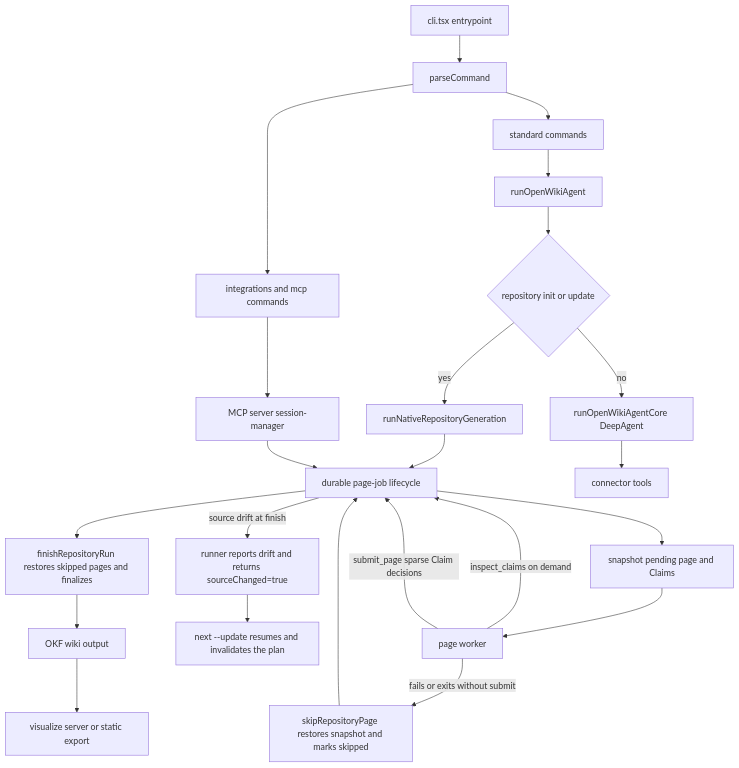
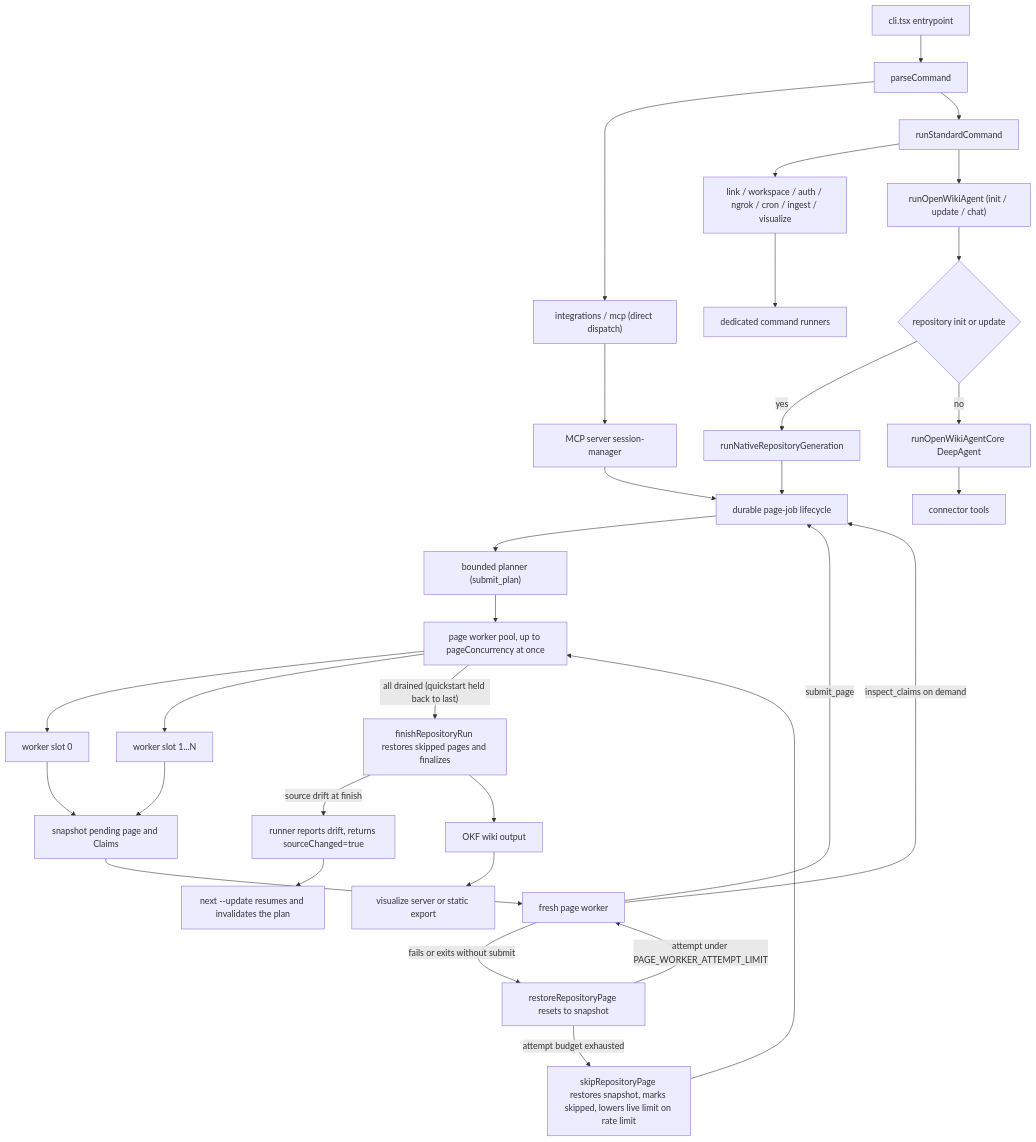
Before and after one commit to plaire48/llm_router_desktop: the first of 2 diagrams in packages/openwiki/openwiki/architecture/overview.md, drawn with Mermaid. The commit also changed other lines of this file and 552 other files, not shown here.

First line of the commit message:
feat(desktop): OpenWiki 점검과 수정 9건, 커밋 전 수정의 갱신 포함, 생성 결과 보존, 조사 상한

````diff
--- a/packages/openwiki/openwiki/architecture/overview.md
+++ b/packages/openwiki/openwiki/architecture/overview.md
@@ -79,25 +82,34 @@
 ```mermaid
 flowchart TD
   CLI["cli.tsx entrypoint"] --> Parse["parseCommand"]
-  Parse --> Std["standard commands"]
-  Parse --> Host["integrations and mcp commands"]
-  Std --> RunAgent["runOpenWikiAgent"]
+  Parse --> Integ["integrations / mcp (direct dispatch)"]
+  Parse --> Std["runStandardCommand"]
+  Std --> Direct["link / workspace / auth / ngrok / cron / ingest / visualize"]
+  Direct --> Runners["dedicated command runners"]
+  Std --> RunAgent["runOpenWikiAgent (init / update / chat)"]
   RunAgent --> RepoGen{"repository init or update"}
   RepoGen -->|yes| NativeRun["runNativeRepositoryGeneration"]
   RepoGen -->|no| Core["runOpenWikiAgentCore DeepAgent"]
   NativeRun --> Lifecycle["durable page-job lifecycle"]
-  Host --> McpServer["MCP server session-manager"]
+  Integ --> McpServer["MCP server session-manager"]
   McpServer --> Lifecycle
   Core --> Connectors["connector tools"]
-  Lifecycle --> Snapshot["snapshot pending page and Claims"]
-  Snapshot --> PageWorker["page worker"]
-  PageWorker -->|"fails or exits without submit"| Skip["skipRepositoryPage restores snapshot and marks skipped"]
-  Skip --> Lifecycle
+  Lifecycle --> Planner["bounded planner (submit_plan)"]
+  Planner --> Pool["page worker pool, up to pageConcurrency at once"]
+  Pool --> Slot1["worker slot 0"]
+  Pool --> Slot2["worker slot 1...N"]
+  Slot1 --> Snapshot["snapshot pending page and Claims"]
+  Slot2 --> Snapshot
+  Snapshot --> PageWorker["fresh page worker"]
+  PageWorker -->|"submit_page"| Lifecycle
+  PageWorker -->|"fails or exits without submit"| Retry["restoreRepositoryPage resets to snapshot"]
+  Retry -->|"attempt under PAGE_WORKER_ATTEMPT_LIMIT"| PageWorker
+  Retry -->|"attempt budget exhausted"| Skip["skipRepositoryPage restores snapshot, marks skipped, lowers live limit on rate limit"]
+  Skip --> Pool
   PageWorker -->|"inspect_claims on demand"| Lifecycle
-  PageWorker -->|"submit_page sparse Claim decisions"| Lifecycle
-  Lifecycle -->|"source drift at finish"| Report["runner reports drift and returns sourceChanged=true"]
+  Pool -->|"all drained (quickstart held back to last)"| Finalize["finishRepositoryRun restores skipped pages and finalizes"]
+  Finalize -->|"source drift at finish"| Report["runner reports drift, returns sourceChanged=true"]
   Report --> LaterUpdate["next --update resumes and invalidates the plan"]
-  Lifecycle --> Finalize["finishRepositoryRun restores skipped pages and finalizes"]
   Finalize --> Wiki["OKF wiki output"]
   Wiki --> Viz["visualize server or static export"]
 ```
````
